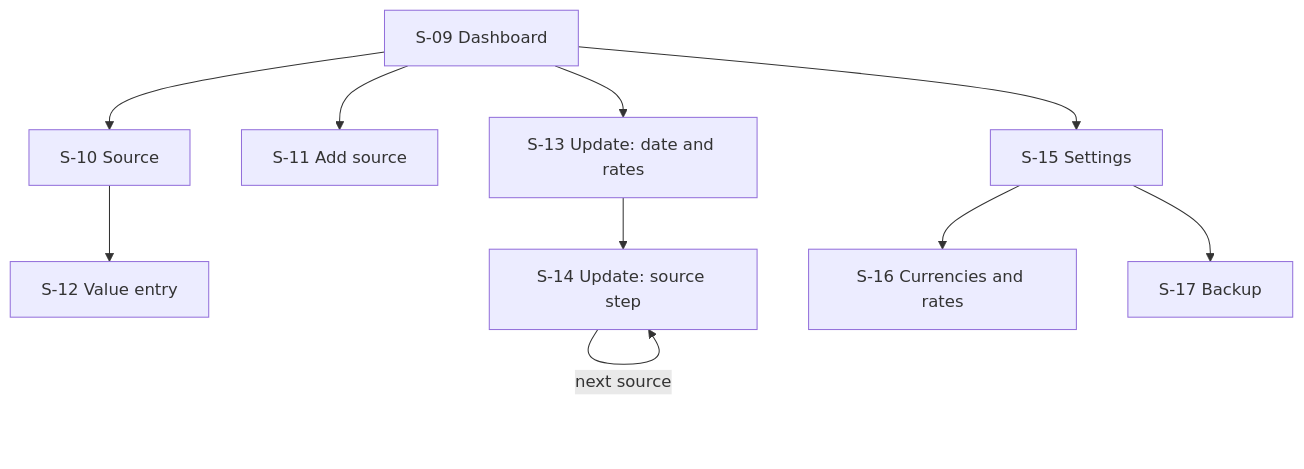
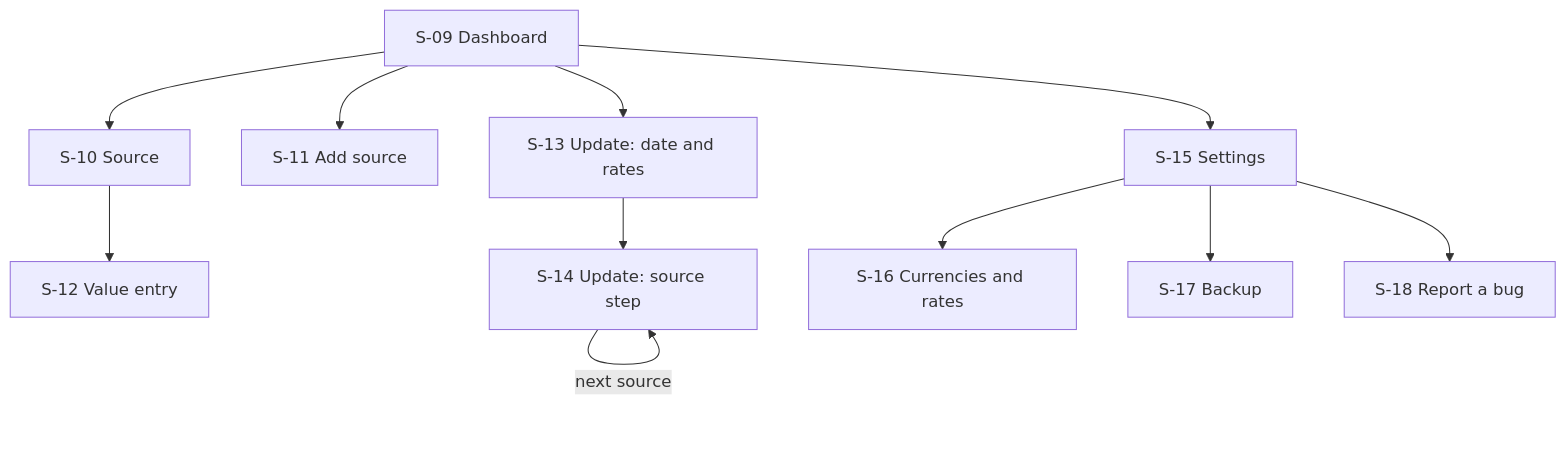
The second of 2 diagrams in docs/screen-map.md (arpit92k/Fortuna), drawn with Mermaid before and after one commit. The commit also changed other lines of this file and 5 other files, not shown here.

````diff
--- a/docs/screen-map.md
+++ b/docs/screen-map.md
@@ -56,13 +56,14 @@
 ```mermaid
 flowchart TD
     dash["S-09 Dashboard"]
     dash --> source["S-10 Source"]
     dash --> add["S-11 Add source"]
     dash --> upd1["S-13 Update: date and rates"]
     dash --> settings["S-15 Settings"]
     source --> entry["S-12 Value entry"]
     upd1 --> upd2["S-14 Update: source step"]
     upd2 -- "next source" --> upd2
     settings --> rates["S-16 Currencies and rates"]
     settings --> backup["S-17 Backup"]
+    settings --> report["S-18 Report a bug"]
 ```
````
